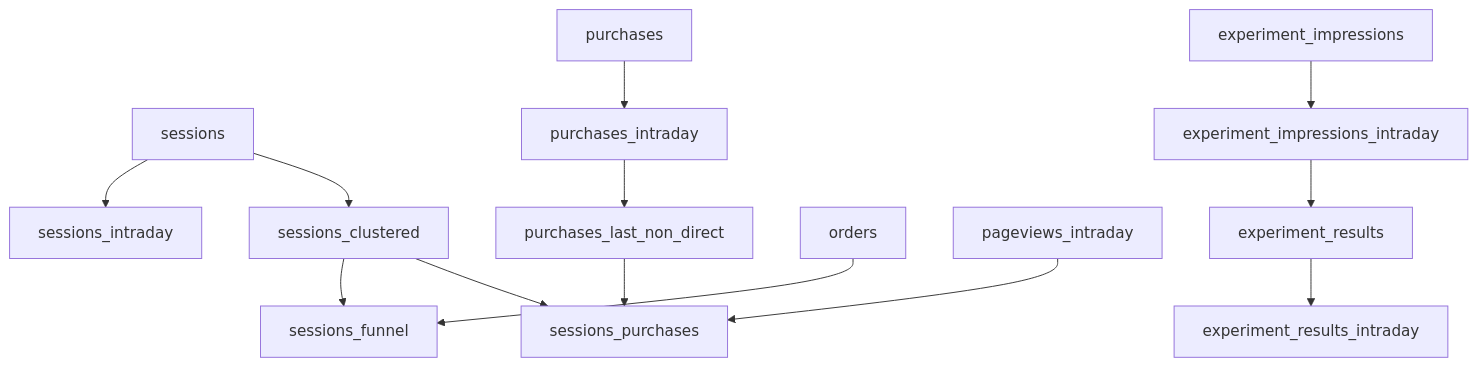
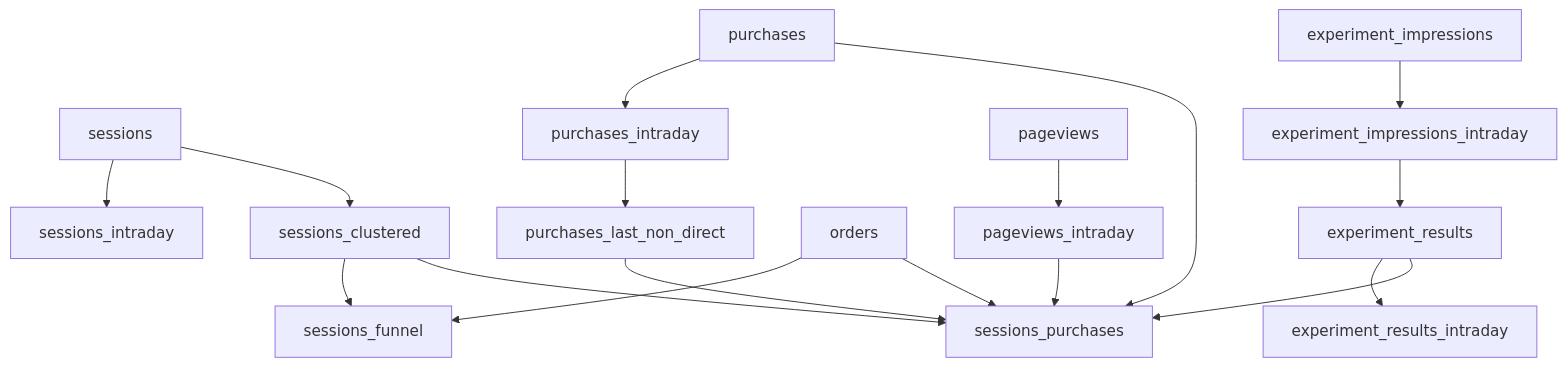
The diagram in docs/README.md (mymetric/dataform-queima), drawn with Mermaid before and after one commit.

````diff
--- a/docs/README.md
+++ b/docs/README.md
@@ -60,15 +60,19 @@
 ```mermaid
 graph TD
     A[sessions] --> B[sessions_intraday]
     A --> C[sessions_clustered]
     C --> D[sessions_funnel]
     C --> E[sessions_purchases]
     F[purchases] --> G[purchases_intraday]
+    F --> E
     G --> H[purchases_last_non_direct]
     H --> E
     I[orders] --> D
-    J[pageviews_intraday] --> E
-    K[experiment_impressions] --> L[experiment_impressions_intraday]
-    L --> M[experiment_results]
-    M --> N[experiment_results_intraday]
+    I --> E
+    J[pageviews] --> K[pageviews_intraday]
+    K --> E
+    L[experiment_impressions] --> M[experiment_impressions_intraday]
+    M --> N[experiment_results]
+    N --> O[experiment_results_intraday]
+    N --> E
 ```
````
